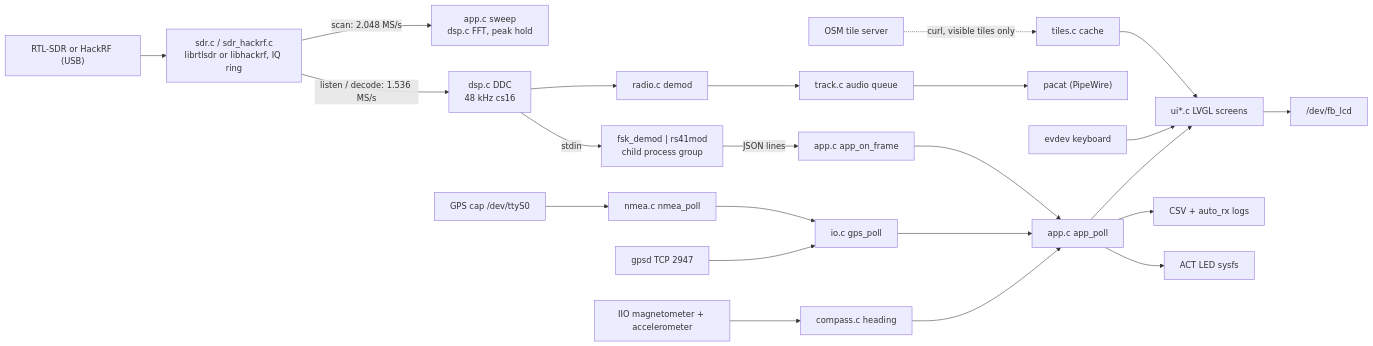
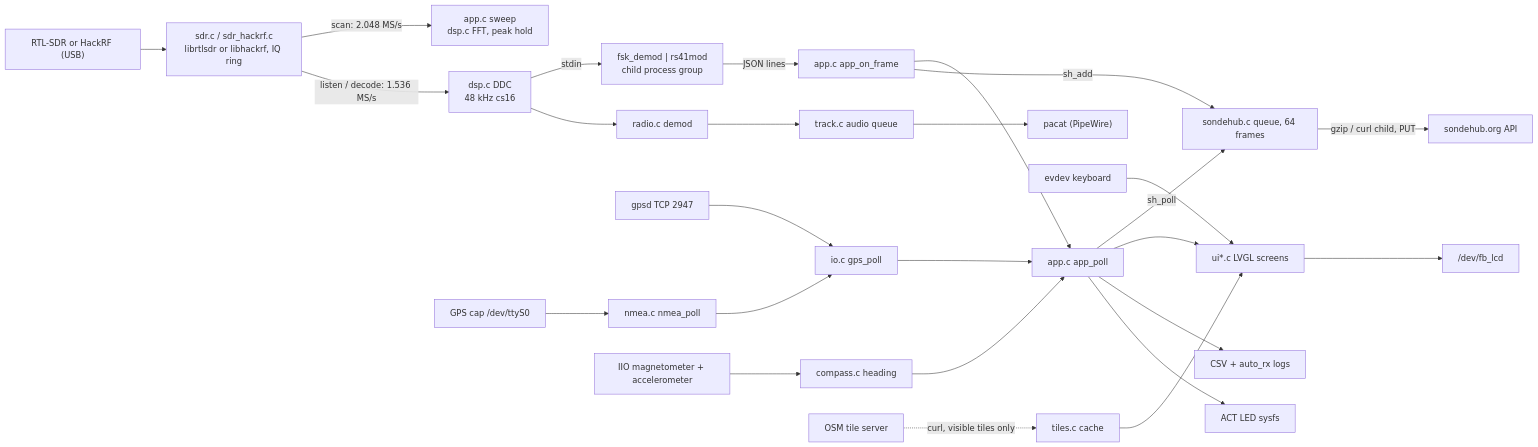
The diagram in docs/system-architecture.md (hieuha/CardputerZero-Sondechase), drawn with Mermaid before and after one commit. The commit also changed other lines of this file and 27 other files, not shown here.

````diff
--- a/docs/system-architecture.md
+++ b/docs/system-architecture.md
@@ -57,24 +58,27 @@
 ```mermaid
 flowchart LR
     RTL["RTL-SDR or HackRF (USB)"] --> SDR["sdr.c / sdr_hackrf.c<br/>librtlsdr or libhackrf, IQ ring"]
     SDR -->|"scan: 2.048 MS/s"| SWEEP["app.c sweep<br/>dsp.c FFT, peak hold"]
     SDR -->|"listen / decode: 1.536 MS/s"| DDC["dsp.c DDC<br/>48 kHz cs16"]
     DDC -->|"stdin"| DEC["fsk_demod | rs41mod<br/>child process group"]
     DEC -->|"JSON lines"| FRAME["app.c app_on_frame"]
     DDC --> RADIO["radio.c demod"]
     RADIO --> AUDIO["track.c audio queue"]
     GPS["gpsd TCP 2947"] --> IO["io.c gps_poll"]
     SER["GPS cap /dev/ttyS0"] --> NMEA["nmea.c nmea_poll"] --> IO
     MAG["IIO magnetometer + accelerometer"] --> HDG["compass.c heading"]
     HDG --> APP
     IO --> APP["app.c app_poll"]
     FRAME --> APP
+    FRAME -->|"sh_add"| SH["sondehub.c queue, 64 frames"]
+    APP -->|"sh_poll"| SH
+    SH -->|"gzip / curl child, PUT"| SHNET["sondehub.org API"]
     APP --> UI["ui*.c LVGL screens"]
     APP --> LOGS["CSV + auto_rx logs"]
     AUDIO --> PACAT["pacat (PipeWire)"]
     APP --> LED["ACT LED sysfs"]
     KBD["evdev keyboard"] --> UI
     UI --> FB["/dev/fb_lcd"]
     TILES["OSM tile server"] -.->|"curl, visible tiles only"| TILEC["tiles.c cache"]
     TILEC --> UI
 ```
````
